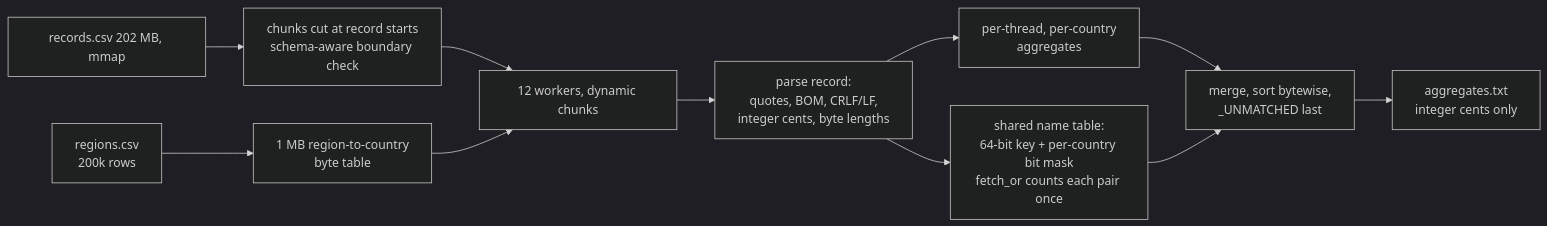
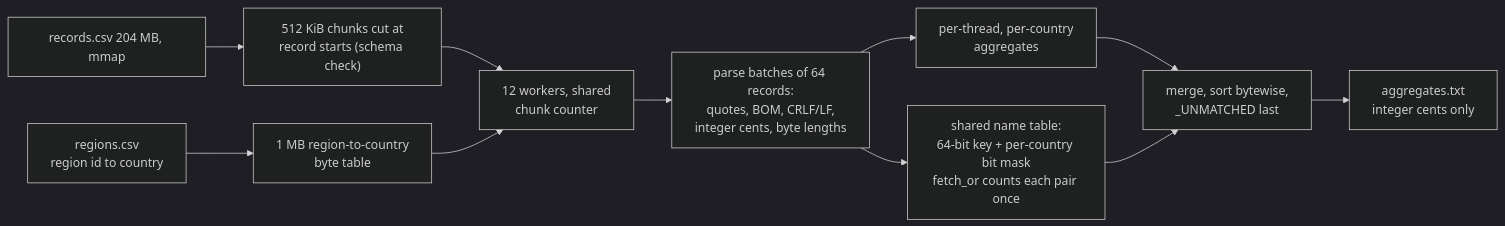
Before and after one commit to Dev-Am12/speed-demon-ganondorf: the fifth of 8 diagrams in README.md, drawn with Mermaid (dark theme). The commit also changed other lines of this file and 7 other files, not shown here.

````diff
--- a/README.md
+++ b/README.md
@@ -196,13 +204,13 @@
 ```mermaid
 flowchart LR
-    R["regions.csv<br/>200k rows"] --> RM["1 MB region-to-country<br/>byte table"]
-    F["records.csv 202 MB, mmap"] --> CH["chunks cut at record starts<br/>schema-aware boundary check"]
-    CH --> TH["12 workers, dynamic chunks"]
+    R["regions.csv<br/>region id to country"] --> RM["1 MB region-to-country<br/>byte table"]
+    F["records.csv 204 MB, mmap"] --> CH["512 KiB chunks cut at<br/>record starts (schema check)"]
+    CH --> TH["12 workers, shared<br/>chunk counter"]
     RM --> TH
-    TH --> PA["parse record:<br/>quotes, BOM, CRLF/LF,<br/>integer cents, byte lengths"]
+    TH --> PA["parse batches of 64 records:<br/>quotes, BOM, CRLF/LF,<br/>integer cents, byte lengths"]
     PA --> AG["per-thread, per-country<br/>aggregates"]
     PA --> NM["shared name table:<br/>64-bit key + per-country bit mask<br/>fetch_or counts each pair once"]
     AG --> MG["merge, sort bytewise,<br/>_UNMATCHED last"]
     NM --> MG
     MG --> OUT["aggregates.txt<br/>integer cents only"]
 ```
````
